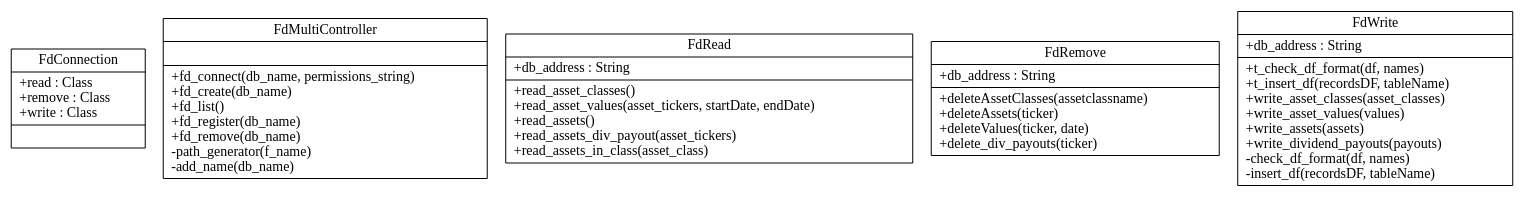
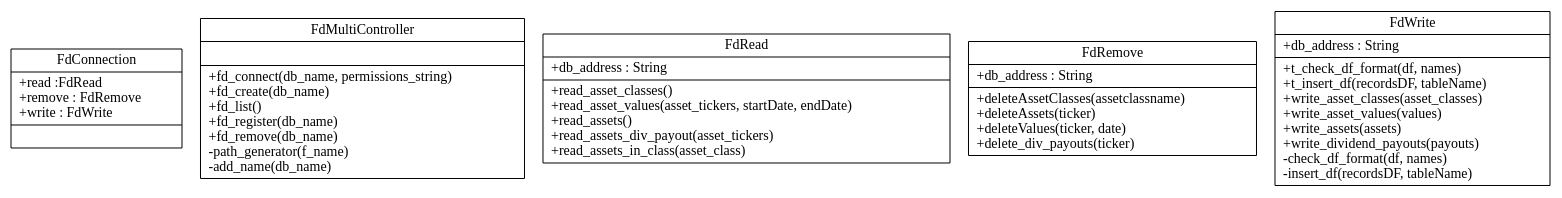
One commit to Veluga/Thalia-Backtesting-Tool changed the diagram in Report/uml/classes_Finda.dot. Above: the diagram before and after it, drawn with Graphviz.

Commit message:
updated fdconnection

```diff
--- a/Report/uml/classes_Finda.dot
+++ b/Report/uml/classes_Finda.dot
@@ -1,9 +1,9 @@
 digraph "classes_Finda" {
 charset="utf-8"
 rankdir=BT
-"0" [label="{FdConnection|+read : Class\l+remove : Class\l+write : Class\l|}", shape="record"];
+"0" [label="{FdConnection|+read :FdRead\l+remove : FdRemove\l+write : FdWrite\l|}", shape="record"];
 "1" [label="{FdMultiController|\l|+fd_connect(db_name, permissions_string)\l+fd_create(db_name)\l+fd_list()\l+fd_register(db_name)\l+fd_remove(db_name)\l-path_generator(f_name)\l-add_name(db_name)\l}", shape="record"];
 "2" [label="{FdRead|+db_address : String\l|+read_asset_classes()\l+read_asset_values(asset_tickers, startDate, endDate)\l+read_assets()\l+read_assets_div_payout(asset_tickers)\l+read_assets_in_class(asset_class)\l}", shape="record"];
 "3" [label="{FdRemove|+db_address : String\l|+deleteAssetClasses(assetclassname)\l+deleteAssets(ticker)\l+deleteValues(ticker, date)\l+delete_div_payouts(ticker)\l}", shape="record"];
 "4" [label="{FdWrite|+db_address : String\l|+t_check_df_format(df, names)\l+t_insert_df(recordsDF, tableName)\l+write_asset_classes(asset_classes)\l+write_asset_values(values)\l+write_assets(assets)\l+write_dividend_payouts(payouts)\l-check_df_format(df, names)\l-insert_df(recordsDF, tableName)\l}", shape="record"];
 }
```
